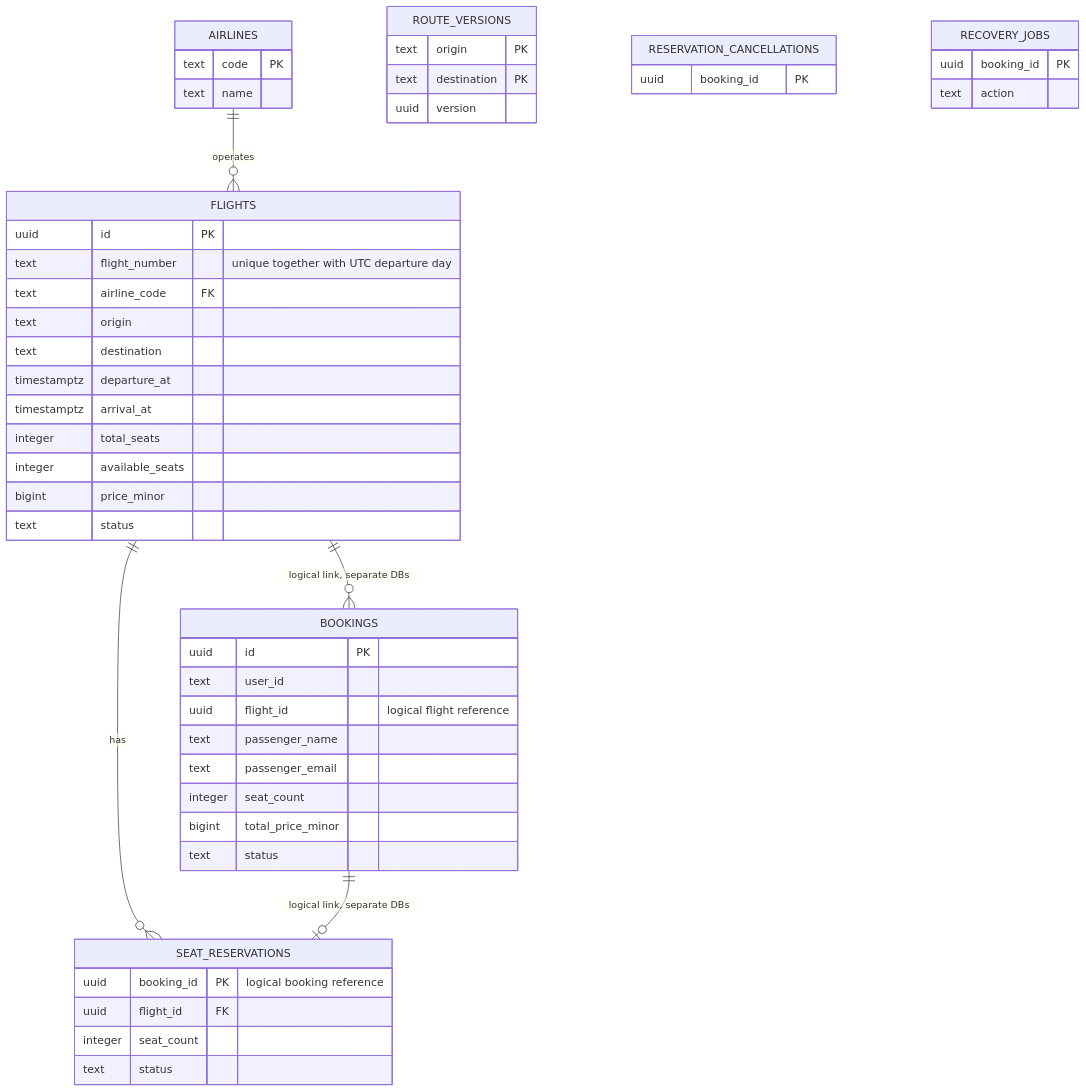
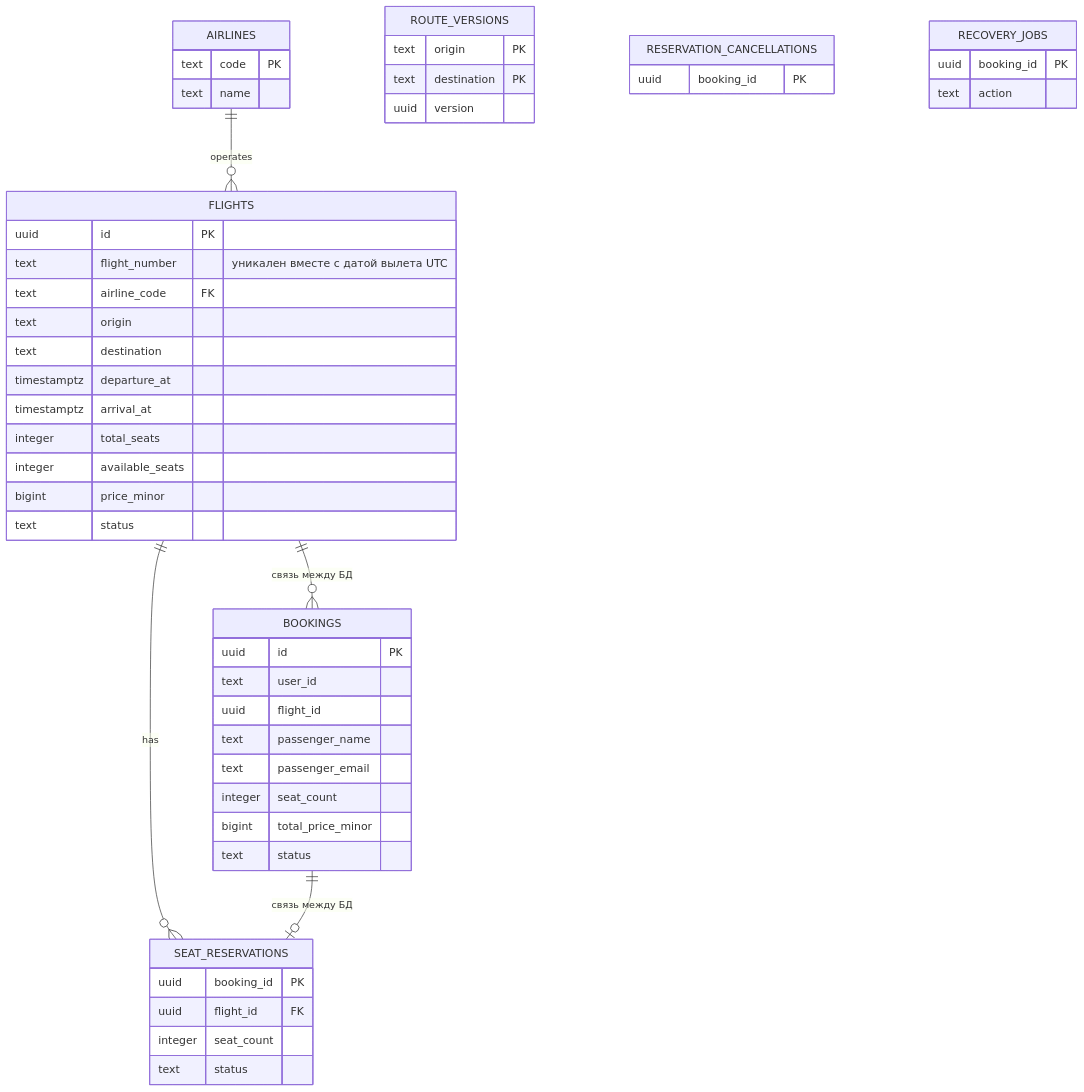
Before and after one commit to ik4rd/soa: the diagram in hw3/docs/design.md, drawn with Mermaid. The commit also changed other lines of this file, not shown here.

````diff
--- a/hw3/docs/design.md
+++ b/hw3/docs/design.md
@@ -3,52 +5,52 @@
 ```mermaid
 erDiagram
     AIRLINES ||--o{ FLIGHTS : operates
     FLIGHTS ||--o{ SEAT_RESERVATIONS : has
-    BOOKINGS ||--o| SEAT_RESERVATIONS : "logical link, separate DBs"
-    FLIGHTS ||--o{ BOOKINGS : "logical link, separate DBs"
+    BOOKINGS ||--o| SEAT_RESERVATIONS : "связь между БД"
+    FLIGHTS ||--o{ BOOKINGS : "связь между БД"
     AIRLINES {
         text code PK
         text name
     }
     FLIGHTS {
         uuid id PK
-        text flight_number "unique together with UTC departure day"
+        text flight_number "уникален вместе с датой вылета UTC"
         text airline_code FK
         text origin
         text destination
         timestamptz departure_at
         timestamptz arrival_at
         integer total_seats
         integer available_seats
         bigint price_minor
         text status
     }
     SEAT_RESERVATIONS {
-        uuid booking_id PK "logical booking reference"
+        uuid booking_id PK
         uuid flight_id FK
         integer seat_count
         text status
     }
     ROUTE_VERSIONS {
         text origin PK
         text destination PK
         uuid version
     }
     RESERVATION_CANCELLATIONS {
         uuid booking_id PK
     }
     RECOVERY_JOBS {
         uuid booking_id PK
         text action
     }
     BOOKINGS {
         uuid id PK
         text user_id
-        uuid flight_id "logical flight reference"
+        uuid flight_id
         text passenger_name
         text passenger_email
         integer seat_count
         bigint total_price_minor
         text status
     }
 ```
````
